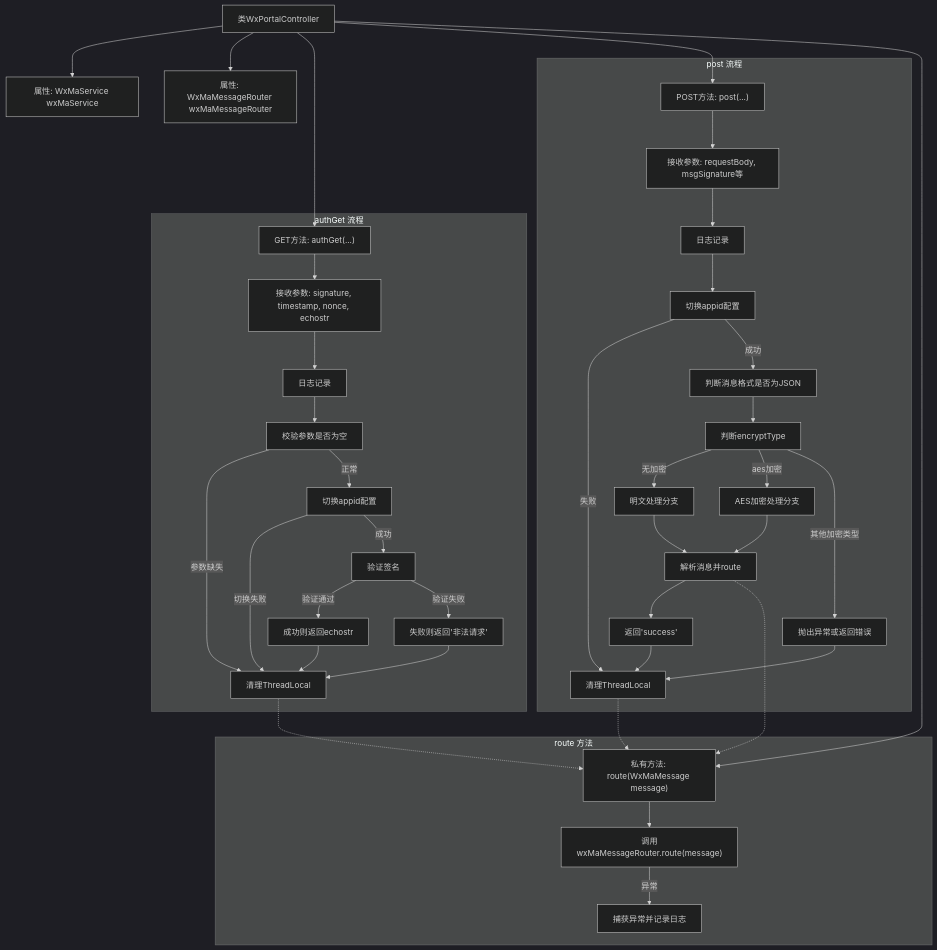
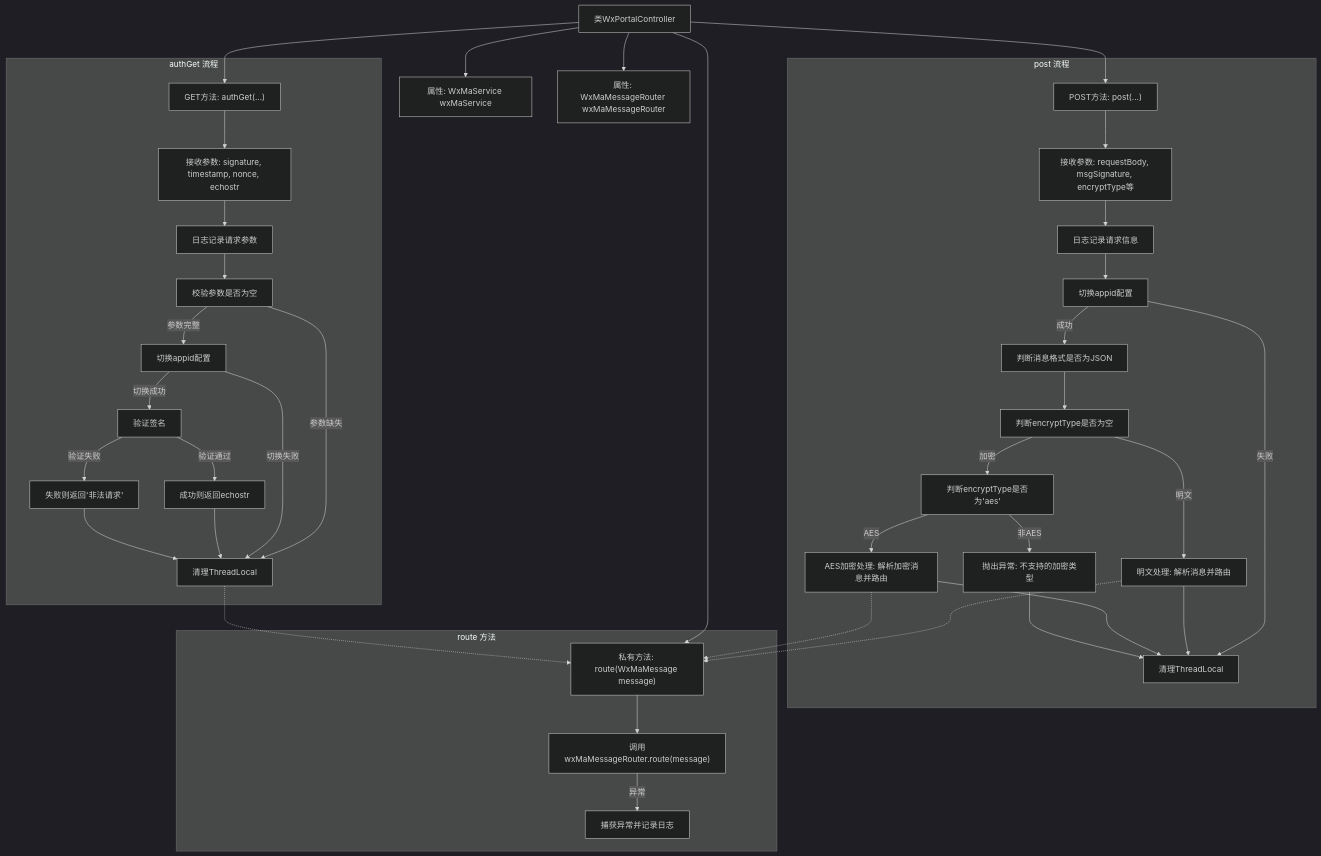
The second of 2 diagrams in docs/zh/docs/src/main/java/com/github/binarywang/demo/wx/miniapp/controller/WxPortalController.md (v-wjrong/binary_weixin-java-miniapp-demo), drawn with Mermaid (dark theme) before and after one commit. The commit also changed other lines of this file and 47 other files, not shown here.

````diff
--- a/docs/zh/docs/src/main/java/com/github/binarywang/demo/wx/miniapp/controller/WxPortalController.md
+++ b/docs/zh/docs/src/main/java/com/github/binarywang/demo/wx/miniapp/controller/WxPortalController.md
@@ -114,79 +101,77 @@
 ```mermaid
 graph TD
     A["类WxPortalController"]
     B["属性: WxMaService wxMaService"]
     C["属性: WxMaMessageRouter wxMaMessageRouter"]
     D["GET方法: authGet(...)"]
     E["POST方法: post(...)"]
     F["私有方法: route(WxMaMessage message)"]
 
     A --> B
     A --> C
     A --> D
     A --> E
     A --> F
 
     subgraph "authGet 流程"
         D1["接收参数: signature, timestamp, nonce, echostr"]
-        D2["日志记录"]
+        D2["日志记录请求参数"]
         D3["校验参数是否为空"]
         D4["切换appid配置"]
         D5["验证签名"]
         D6["成功则返回echostr"]
         D7["失败则返回'非法请求'"]
         D8["清理ThreadLocal"]
 
         D --> D1
         D1 --> D2
         D2 --> D3
         D3 -- 参数缺失 --> D8
-        D3 -- 正常 --> D4
+        D3 -- 参数完整 --> D4
         D4 -- 切换失败 --> D8
-        D4 -- 成功 --> D5
+        D4 -- 切换成功 --> D5
         D5 -- 验证通过 --> D6
         D5 -- 验证失败 --> D7
         D6 --> D8
         D7 --> D8
     end
 
     subgraph "post 流程"
-        E1["接收参数: requestBody, msgSignature等"]
-        E2["日志记录"]
+        E1["接收参数: requestBody, msgSignature, encryptType等"]
+        E2["日志记录请求信息"]
         E3["切换appid配置"]
         E4["判断消息格式是否为JSON"]
-        E5["判断encryptType"]
-        E6["明文处理分支"]
-        E7["AES加密处理分支"]
-        E8["解析消息并route"]
-        E9["返回'success'"]
-        E10["抛出异常或返回错误"]
-        E11["清理ThreadLocal"]
+        E5["判断encryptType是否为空"]
+        E6["明文处理: 解析消息并路由"]
+        E7["判断encryptType是否为'aes'"]
+        E8["AES加密处理: 解析加密消息并路由"]
+        E9["抛出异常: 不支持的加密类型"]
+        E10["清理ThreadLocal"]
 
         E --> E1
         E1 --> E2
         E2 --> E3
-        E3 -- 失败 --> E11
+        E3 -- 失败 --> E10
         E3 -- 成功 --> E4
         E4 --> E5
-        E5 -- 无加密 --> E6
-        E5 -- aes加密 --> E7
-        E6 --> E8
-        E7 --> E8
-        E8 --> E9
-        E9 --> E11
-        E5 -- 其他加密类型 --> E10
-        E10 --> E11
+        E5 -- 明文 --> E6
+        E6 --> E10
+        E5 -- 加密 --> E7
+        E7 -- AES --> E8
+        E8 --> E10
+        E7 -- 非AES --> E9
+        E9 --> E10
     end
 
     subgraph "route 方法"
         F1["调用wxMaMessageRouter.route(message)"]
         F2["捕获异常并记录日志"]
 
         F --> F1
         F1 -- 异常 --> F2
     end
 
     D8 -.-> F
+    E6 -.-> F
     E8 -.-> F
-    E11 -.-> F
 ```
````
